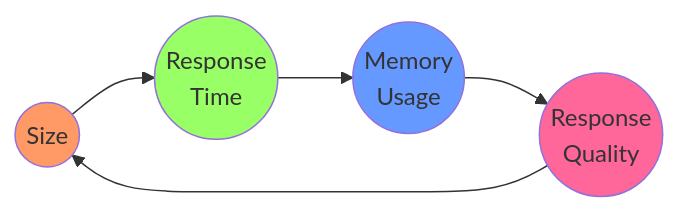
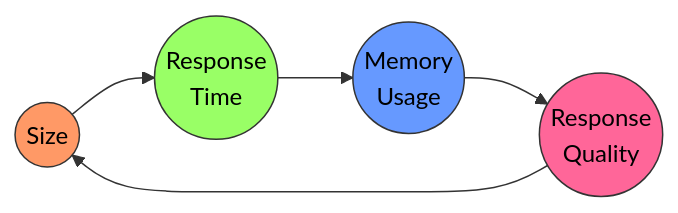
The second of 2 diagrams in SYNEVA/README.md (Kuberwastaken/MiniLMs), drawn with Mermaid before and after one commit. The commit also changed other lines of this file, not shown here.

````diff
--- a/SYNEVA/README.md
+++ b/SYNEVA/README.md
@@ -95,12 +94,12 @@
 ```mermaid
 graph LR
     A((Size)) --> B((Response<br>Time))
     B --> C((Memory<br>Usage))
     C --> D((Response<br>Quality))
     D --> A
     
-    style A fill:#f96
-    style B fill:#9f6
-    style C fill:#69f
-    style D fill:#f69
+    style A fill:#f96,stroke:#333,color:#000
+    style B fill:#9f6,stroke:#333,color:#000
+    style C fill:#69f,stroke:#333,color:#000
+    style D fill:#f69,stroke:#333,color:#000
 ```
````
